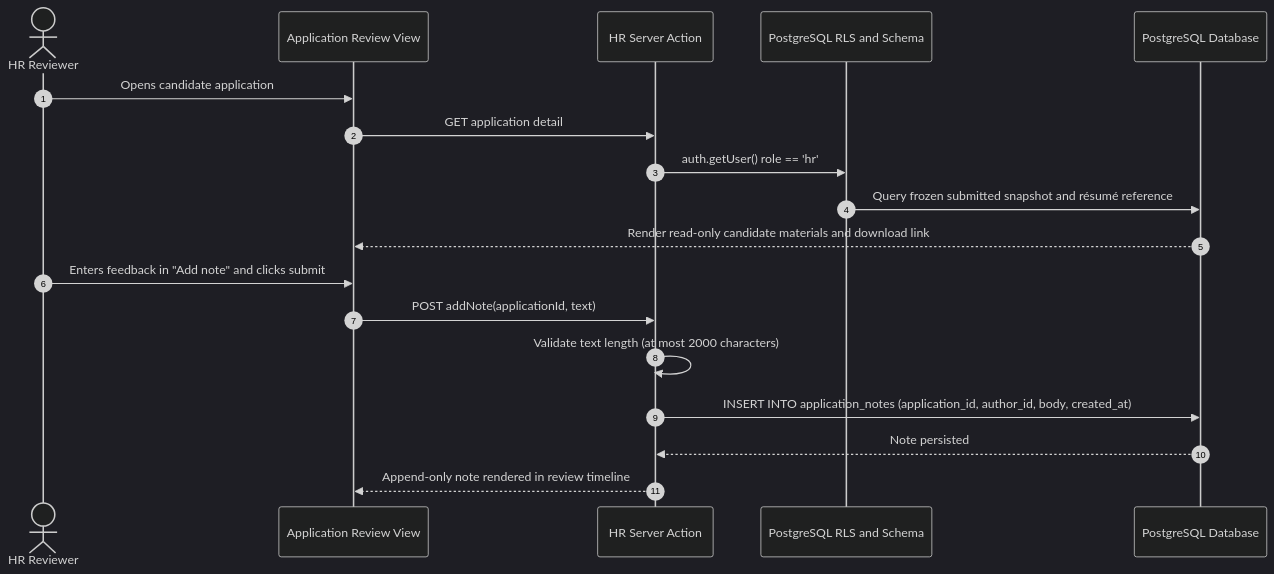
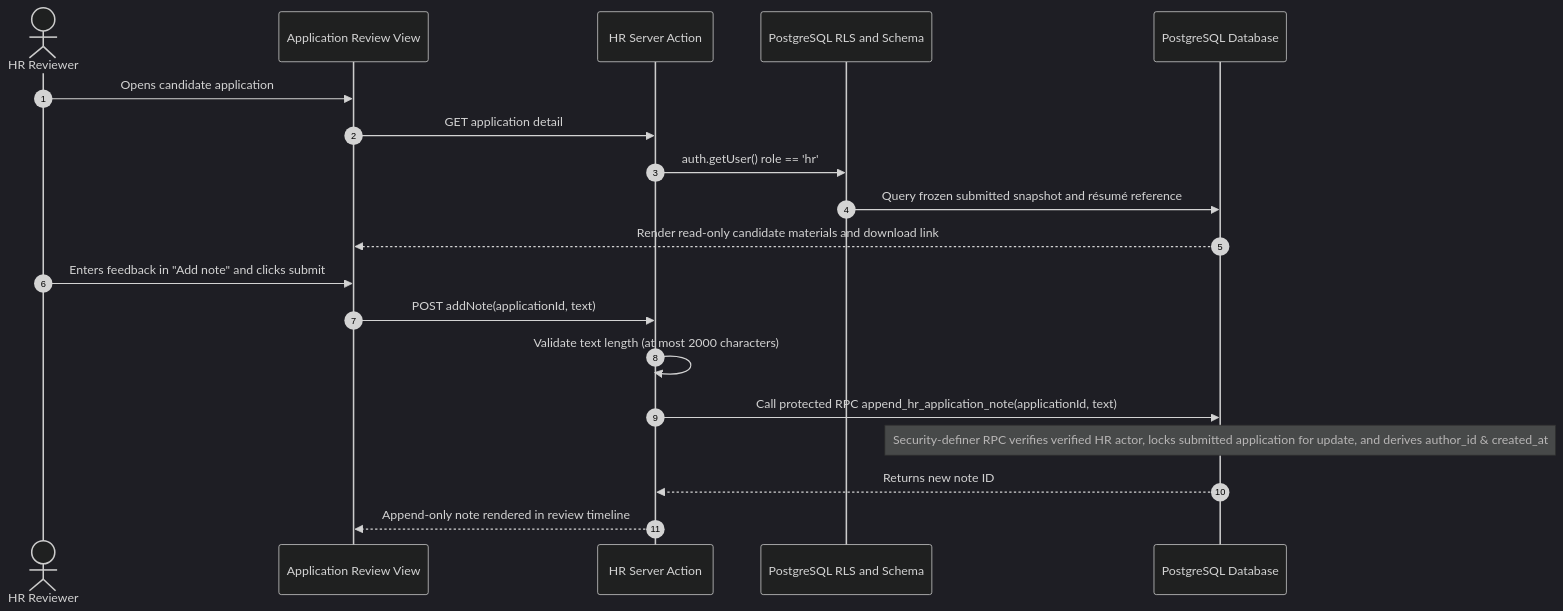
Before and after one commit to CS3227-2610-MP3-ConnectTalent/CS3227-2610-MP3: the sixth of 9 diagrams in docs/DeveloperGuide.md, drawn with Mermaid (dark theme). The commit also changed other lines of this file and 3 other files, not shown here.

Commit message:
docs(guides): address follow-up review findings and align ERD, upload, and AI sequences

````diff
--- a/docs/DeveloperGuide.md
+++ b/docs/DeveloperGuide.md
@@ -1005,21 +1021,22 @@
 ```mermaid
 sequenceDiagram
     autonumber
     actor HR as HR Reviewer
     participant UI as Application Review View
     participant Action as HR Server Action
     participant RLS as PostgreSQL RLS and Schema
     participant DB as PostgreSQL Database
 
     HR->>UI: Opens candidate application
     UI->>Action: GET application detail
     Action->>RLS: auth.getUser() role == 'hr'
     RLS->>DB: Query frozen submitted snapshot and résumé reference
     DB-->>UI: Render read-only candidate materials and download link
     HR->>UI: Enters feedback in "Add note" and clicks submit
     UI->>Action: POST addNote(applicationId, text)
     Action->>Action: Validate text length (at most 2000 characters)
-    Action->>DB: INSERT INTO application_notes (application_id, author_id, body, created_at)
-    DB-->>Action: Note persisted
+    Action->>DB: Call protected RPC append_hr_application_note(applicationId, text)
+    Note over DB: Security-definer RPC verifies verified HR actor, locks submitted application for update, and derives author_id & created_at
+    DB-->>Action: Returns new note ID
     Action-->>UI: Append-only note rendered in review timeline
 ```
````
